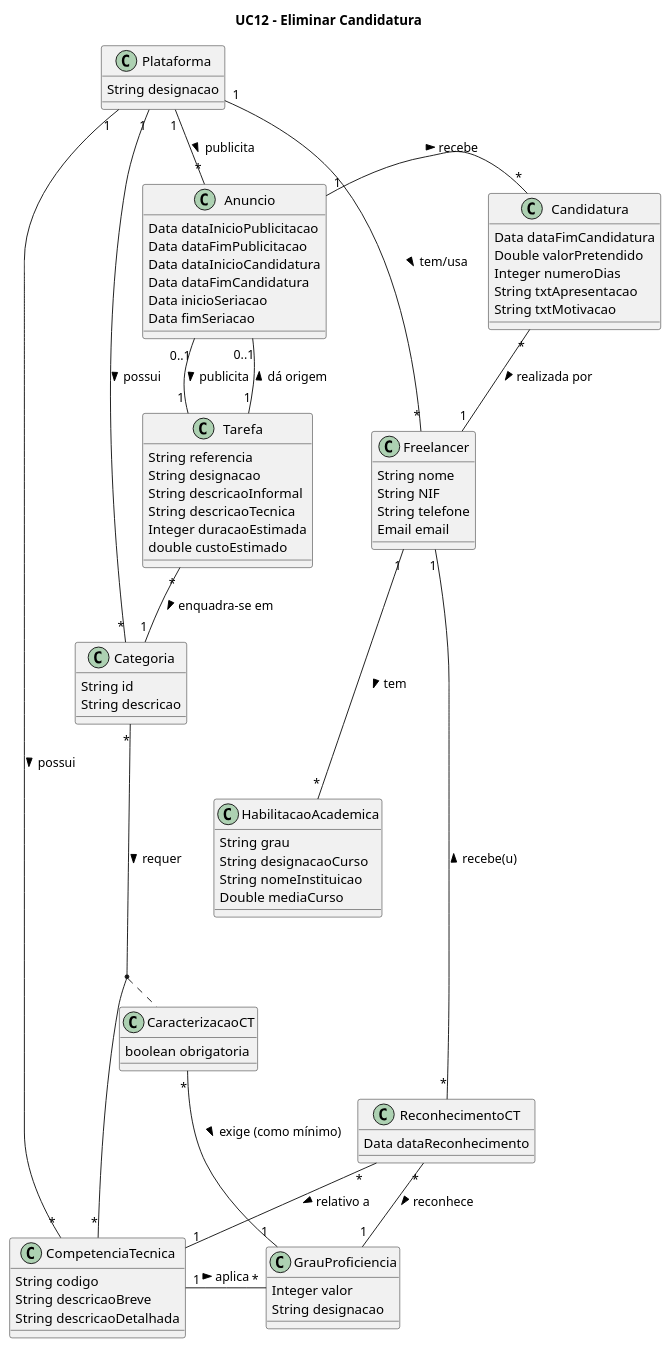
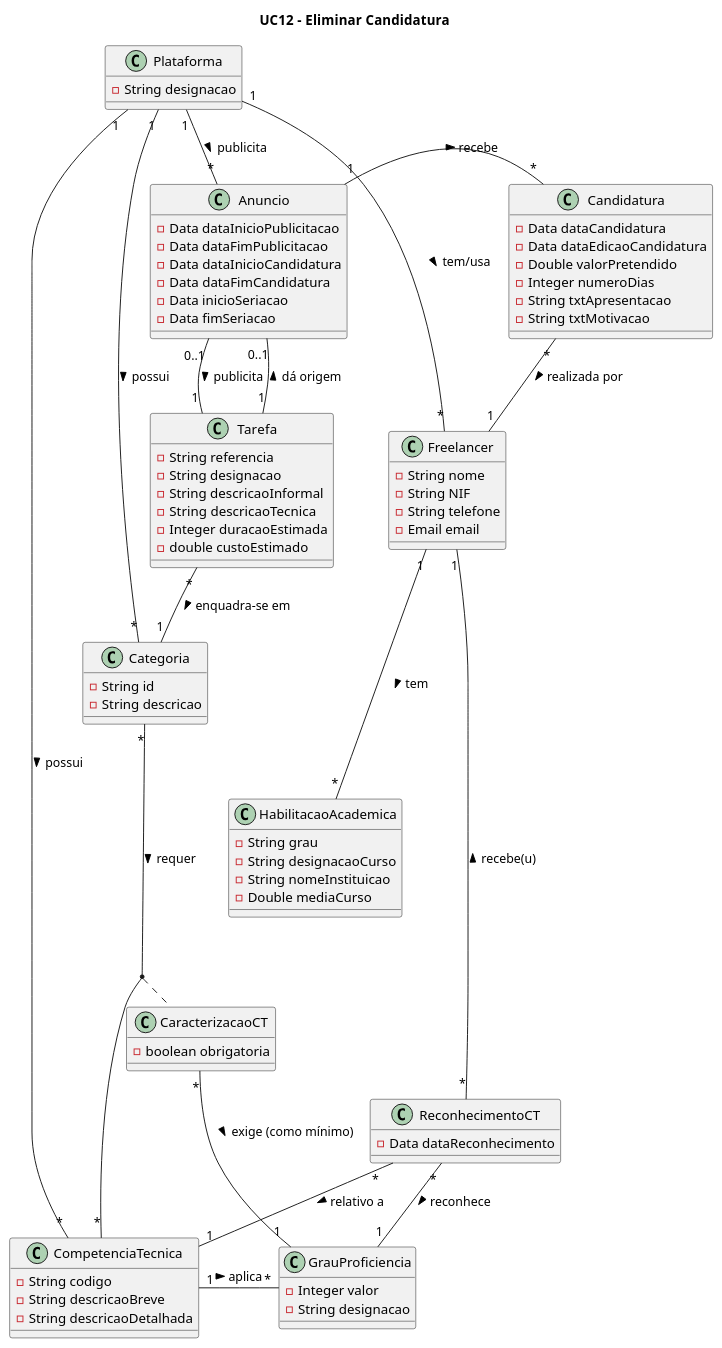
One commit to blestonbandeiraUPSKILL/upskill_java1_labprg_grupo2 changed the diagram in Documentação/Sprint 4/UC12_Eliminar_Candidatura/UC12_ExcertoMD_Eliminar_Candidatura.plantuml. Above: the diagram before and after it, drawn with PlantUML. The commit also changed 9 other files, not shown here.

```diff
--- a/Documentação/Sprint 4/UC12_Eliminar_Candidatura/UC12_ExcertoMD_Eliminar_Candidatura.plantuml
+++ b/Documentação/Sprint 4/UC12_Eliminar_Candidatura/UC12_ExcertoMD_Eliminar_Candidatura.plantuml
@@ -1,96 +1,102 @@
 @startuml
 
+title UC12 - Eliminar  Candidatura
 
-title UC12 - Eliminar Candidatura
 
 class Plataforma {
-    String designacao
+    -String designacao
 }
 
 class Anuncio {
-    Data dataInicioPublicitacao
-    Data dataFimPublicitacao
-    Data dataInicioCandidatura
-    Data dataFimCandidatura
-    Data inicioSeriacao
-    Data fimSeriacao
+    -Data dataInicioPublicitacao
+    -Data dataFimPublicitacao
+    -Data dataInicioCandidatura
+    -Data dataFimCandidatura
+    -Data inicioSeriacao
+    -Data fimSeriacao
 }
 
 class Categoria {
-    String id 
-    String descricao
+    -String id 
+    -String descricao
 }
 
 class GrauProficiencia {
-    Integer valor
-    String designacao
+    -Integer valor
+    -String designacao
 }
+
 class CaracterizacaoCT {
-    boolean obrigatoria
+    -boolean obrigatoria
 }
 class CompetenciaTecnica {
-    String codigo
-    String descricaoBreve
-    String descricaoDetalhada
+    -String codigo
+    -String descricaoBreve
+    -String descricaoDetalhada
 }
+
 class Tarefa {
-    String referencia
-    String designacao
-    String descricaoInformal
-    String descricaoTecnica
-    Integer duracaoEstimada
-    double custoEstimado
+    -String referencia
+    -String designacao
+    -String descricaoInformal
+    -String descricaoTecnica
+    -Integer duracaoEstimada
+    -double custoEstimado
 }
 
 class Freelancer {
-    String nome 
-    String NIF
-    String telefone
-    Email email
+    -String nome 
+    -String NIF
+    -String telefone
+    -Email email
 }
+
 class Candidatura {
-    Data dataFimCandidatura
-    Double valorPretendido
-    Integer numeroDias
-    String txtApresentacao
-    String txtMotivacao
+    -Data dataCandidatura
+    -Data dataEdicaoCandidatura
+    -Double valorPretendido
+    -Integer numeroDias
+    -String txtApresentacao
+    -String txtMotivacao
 }
+
 class HabilitacaoAcademica{
-    String grau
-    String designacaoCurso
-    String nomeInstituicao
-    Double mediaCurso
+    -String grau
+    -String designacaoCurso
+    -String nomeInstituicao
+    -Double mediaCurso
 }
+
 class ReconhecimentoCT {
-    Data dataReconhecimento
+    -Data dataReconhecimento
 }
 
 
 Plataforma "1" -- "*" Categoria : possui >
 Plataforma "1" -- "*" Anuncio : publicita >
 Plataforma "1" -- "*" CompetenciaTecnica : possui >
 Plataforma "1" -- "*" Freelancer : tem/usa >
 
 Anuncio "0..1" -- "1" Tarefa : publicita >
 Anuncio "0..1" -- "1" Tarefa : dá origem <
 Anuncio "1" - "*" Candidatura : recebe >
 
 Tarefa "*" -- "1" Categoria : enquadra-se em >
 
 Candidatura "*" -- "1" Freelancer : realizada por >
 
 Freelancer "1" --- "*" HabilitacaoAcademica : tem >
 Freelancer "1" --- "*" ReconhecimentoCT : recebe(u) <
 
 ReconhecimentoCT "*" - "1" CompetenciaTecnica : relativo a >
 ReconhecimentoCT "*" -- "1" GrauProficiencia : reconhece >
 
 CompetenciaTecnica "1" - "*" GrauProficiencia : aplica >
 
 CaracterizacaoCT "*" - "1" GrauProficiencia : exige (como mínimo) >
 
 Categoria "*" --- "*" CompetenciaTecnica : requer >
 
 (Categoria, CompetenciaTecnica) . CaracterizacaoCT
 
 @enduml
```
